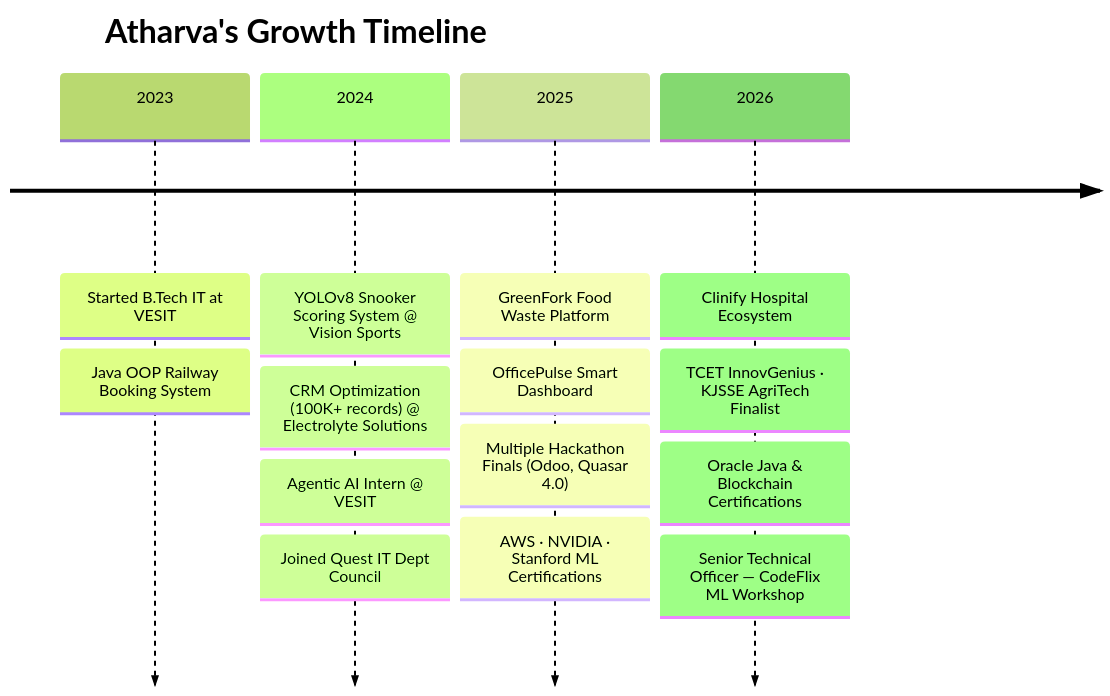
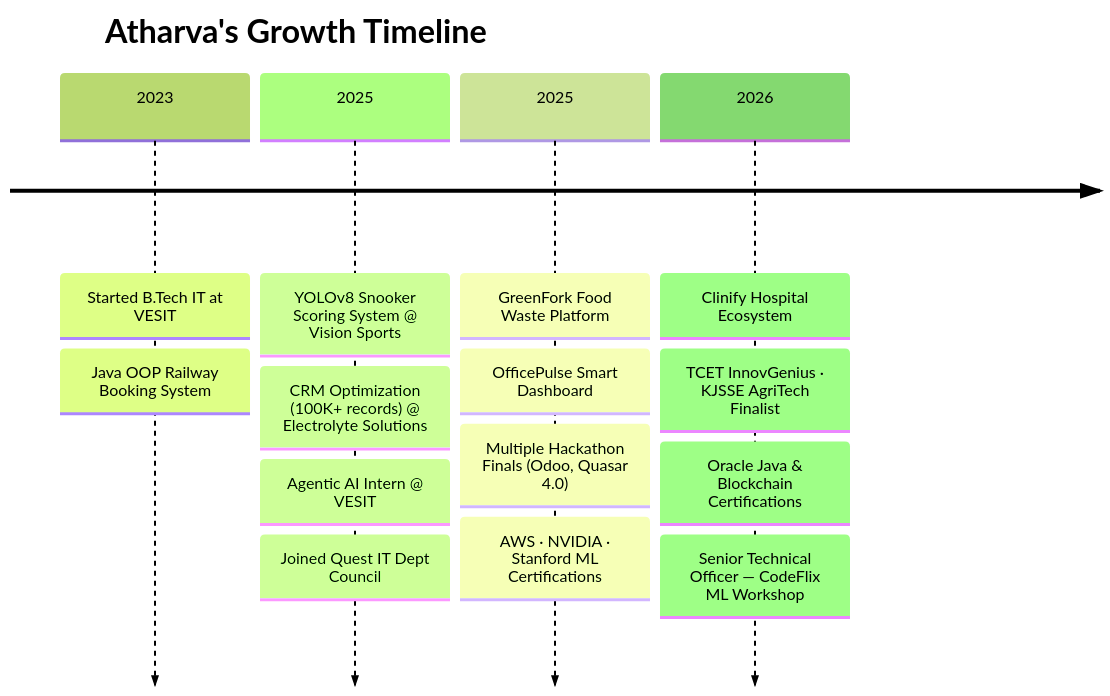
One commit to AtharvaLotankar11/AtharvaLotankar11 changed the first of 5 diagrams in README.md. Above: the diagram before and after it, drawn with Mermaid (forest theme). The commit also changed other lines of this file, not shown here.

````diff
--- a/README.md
+++ b/README.md
@@ -74,18 +74,18 @@
 ```mermaid
 timeline
     title Atharva's Growth Timeline
     2023 : Started B.Tech IT at VESIT
          : Java OOP Railway Booking System
-    2024 : YOLOv8 Snooker Scoring System @ Vision Sports
+    2025 : YOLOv8 Snooker Scoring System @ Vision Sports
          : CRM Optimization (100K+ records) @ Electrolyte Solutions
          : Agentic AI Intern @ VESIT
          : Joined Quest IT Dept Council
     2025 : GreenFork Food Waste Platform
          : OfficePulse Smart Dashboard
          : Multiple Hackathon Finals (Odoo, Quasar 4.0)
          : AWS · NVIDIA · Stanford ML Certifications
     2026 : Clinify Hospital Ecosystem
          : TCET InnovGenius · KJSSE AgriTech Finalist
          : Oracle Java & Blockchain Certifications
          : Senior Technical Officer — CodeFlix ML Workshop
 ```
````
